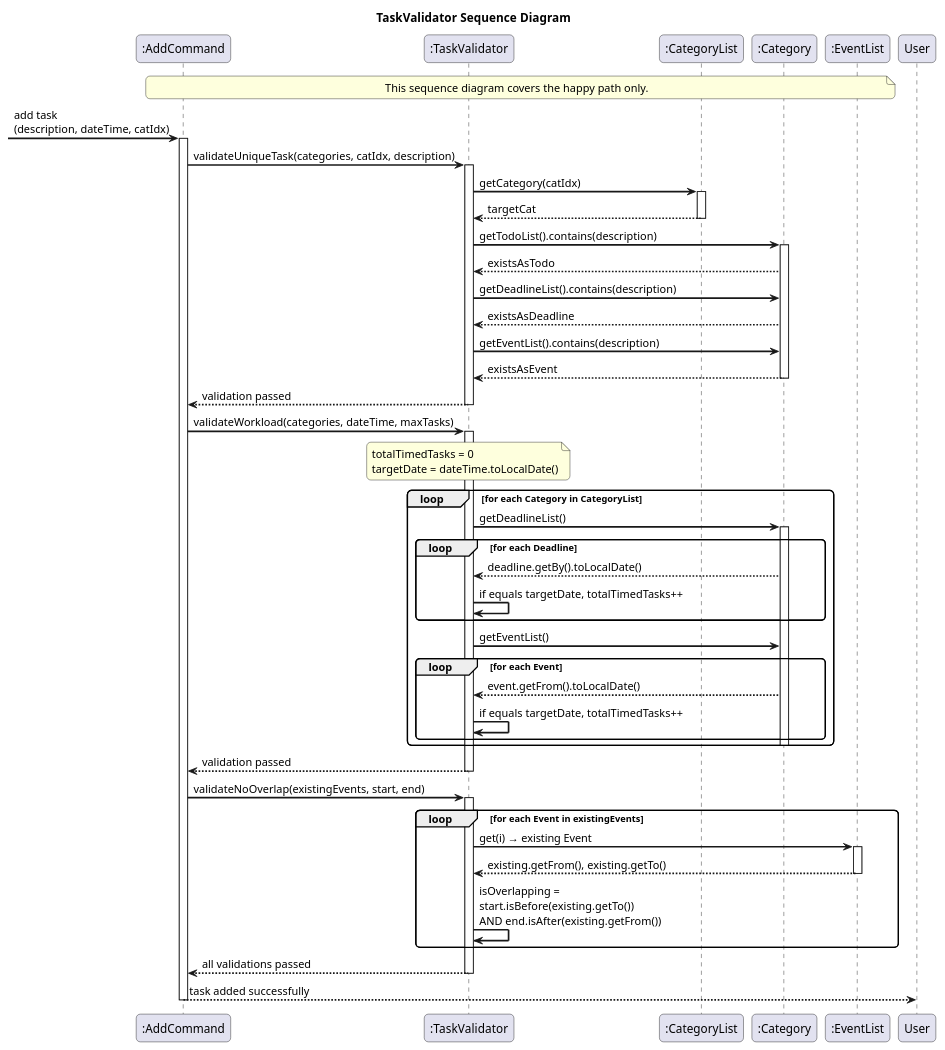
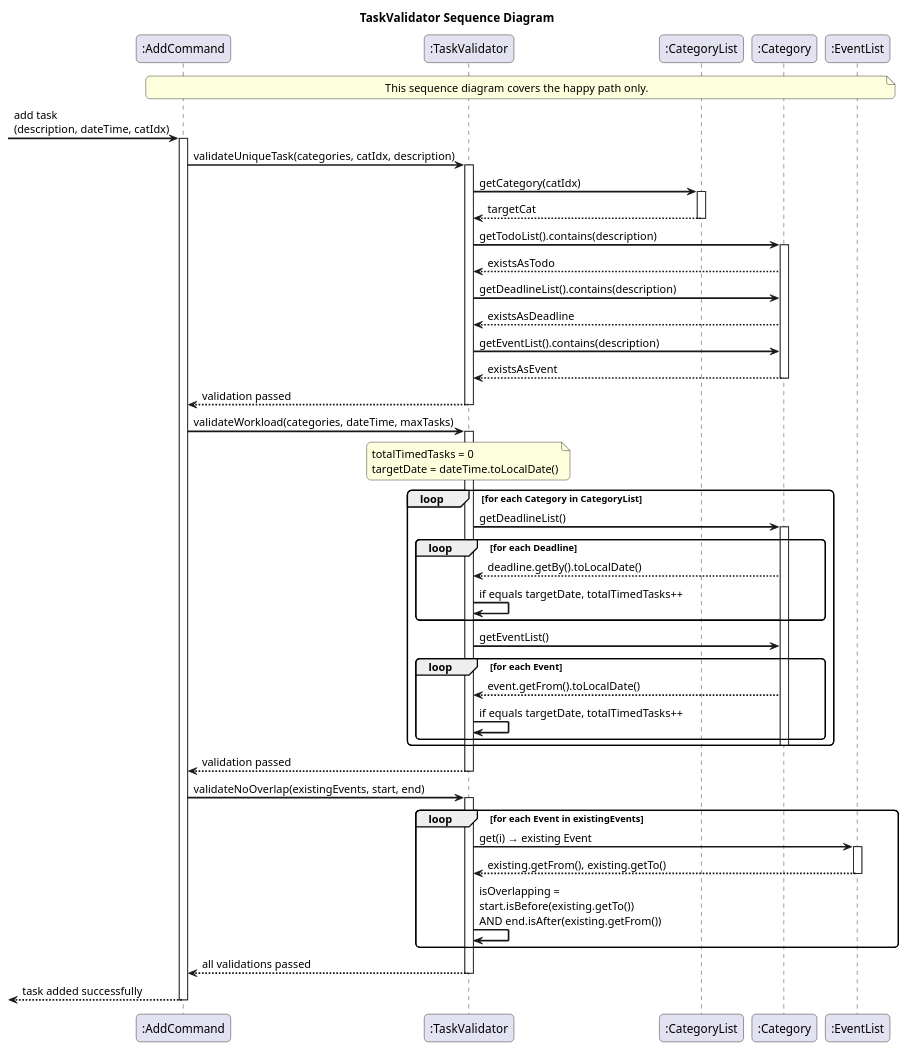
Before and after one commit to michaelshyam1/tp: the diagram in docs/puml/TaskValidator.puml, drawn with PlantUML. The commit also changed 3 other files, not shown here.

Commit message:
Changes to UML sequence diagram

```diff
--- a/docs/puml/TaskValidator.puml
+++ b/docs/puml/TaskValidator.puml
@@ -1,86 +1,86 @@
 @startuml TaskValidatorSequenceDiagram
 
 skinparam sequenceArrowThickness 2
 skinparam roundcorner 10
 
 title TaskValidator Sequence Diagram
 
 participant ":AddCommand" as AC
 participant ":TaskValidator" as TV
 participant ":CategoryList" as CL
 participant ":Category" as CAT
 participant ":EventList" as EL
 
 note over AC, EL : This sequence diagram covers the happy path only.
 
 -> AC : add task\n(description, dateTime, catIdx)
 activate AC
 
 '─── Step 1: Unique Task ───────────────────────────────────
 AC -> TV : validateUniqueTask(categories, catIdx, description)
 activate TV
 
 TV -> CL : getCategory(catIdx)
 activate CL
 CL --> TV : targetCat
 deactivate CL
 
 TV -> CAT : getTodoList().contains(description)
 activate CAT
 CAT --> TV : existsAsTodo
 
 TV -> CAT : getDeadlineList().contains(description)
 CAT --> TV : existsAsDeadline
 
 TV -> CAT : getEventList().contains(description)
 CAT --> TV : existsAsEvent
 deactivate CAT
 
 TV --> AC : validation passed
 deactivate TV
 
 '─── Step 2: Workload ──────────────────────────────────────
 AC -> TV : validateWorkload(categories, dateTime, maxTasks)
 activate TV
 
 note over TV : totalTimedTasks = 0\ntargetDate = dateTime.toLocalDate()
 
 loop for each Category in CategoryList
     TV -> CAT : getDeadlineList()
     activate CAT
     loop for each Deadline
         CAT --> TV : deadline.getBy().toLocalDate()
         TV -> TV : if equals targetDate, totalTimedTasks++
     end
 
     TV -> CAT : getEventList()
     loop for each Event
         CAT --> TV : event.getFrom().toLocalDate()
         TV -> TV : if equals targetDate, totalTimedTasks++
     end
     deactivate CAT
 end
 
 TV --> AC : validation passed
 deactivate TV
 
 '─── Step 3: Overlap (Events only) ────────────────────────
 AC -> TV : validateNoOverlap(existingEvents, start, end)
 activate TV
 
 loop for each Event in existingEvents
     TV -> EL : get(i) → existing Event
     activate EL
     EL --> TV : existing.getFrom(), existing.getTo()
     deactivate EL
 
     TV -> TV : isOverlapping =\nstart.isBefore(existing.getTo())\nAND end.isAfter(existing.getFrom())
 end
 
 TV --> AC : all validations passed
 deactivate TV
 
-AC --> User : task added successfully
+<-- AC : task added successfully
 deactivate AC
 
 @enduml
```
